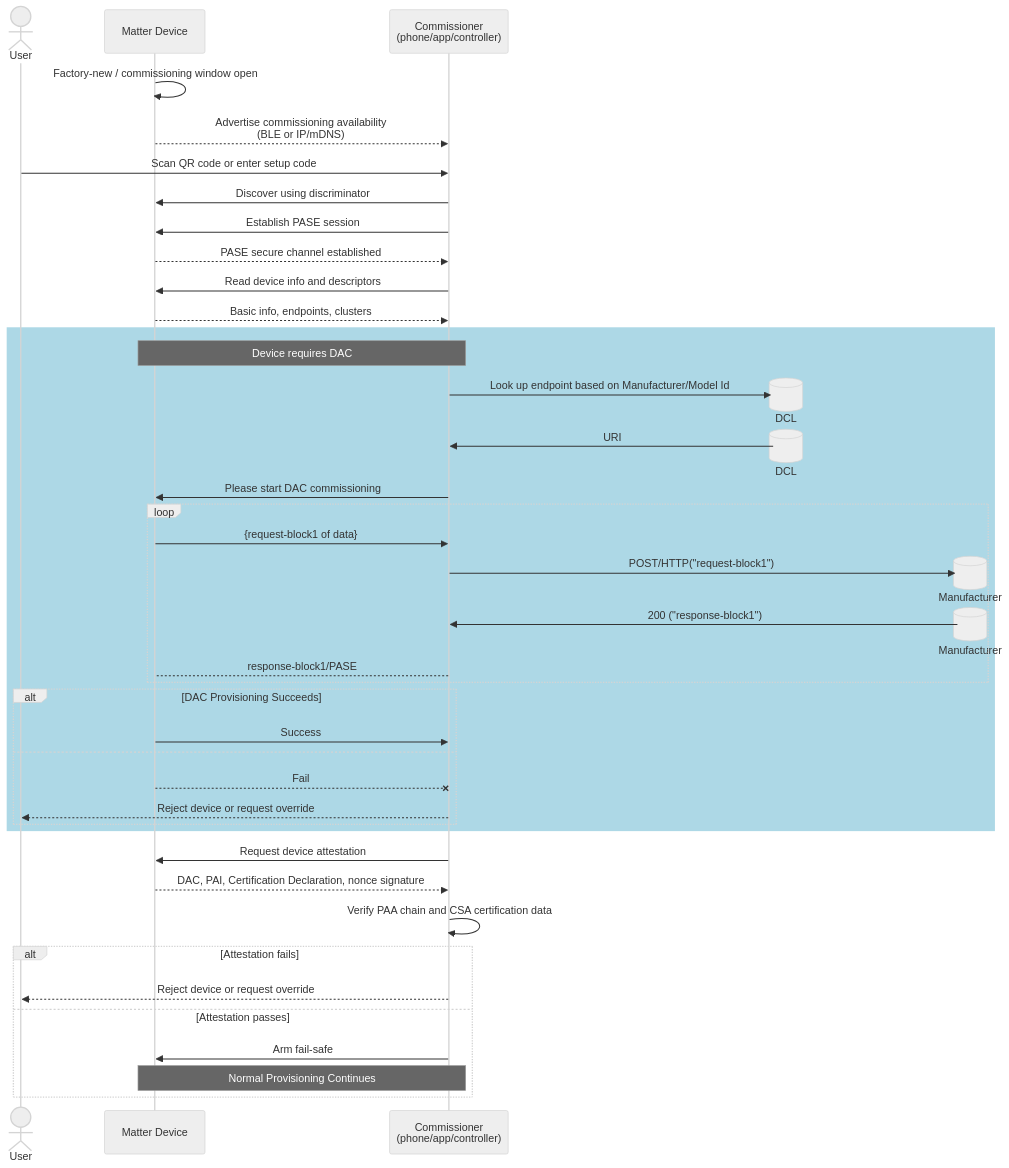
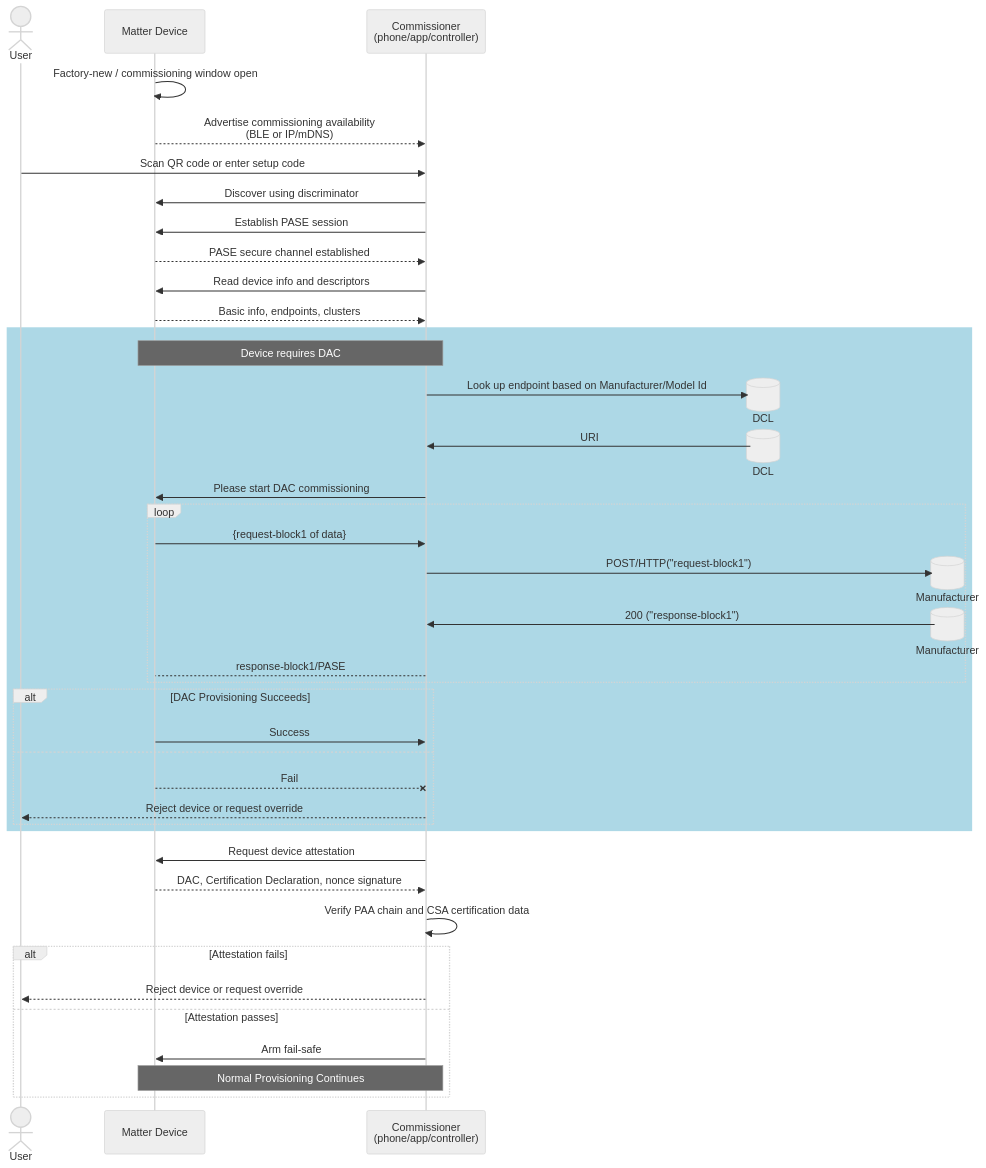
One commit to elear/matter-dac-provisioning changed the diagram in provisioning-flow.md. Above: the diagram before and after it, drawn with Mermaid (neutral theme).

Commit message:
remove PAI from the list fo things a device sends ;-)

````diff
--- a/provisioning-flow.md
+++ b/provisioning-flow.md
@@ -1,52 +1,52 @@
 ```mermaid
 sequenceDiagram
     actor User
     participant Device as Matter Device
     participant Commissioner as Commissioner<br/>(phone/app/controller)
 
  
     Device->>Device: Factory-new / commissioning window open
     Device-->>Commissioner: Advertise commissioning availability<br/>(BLE or IP/mDNS)
 
     User->>Commissioner: Scan QR code or enter setup code
     Commissioner->>Device: Discover using discriminator
 
     Commissioner->>Device: Establish PASE session
     Device-->>Commissioner: PASE secure channel established
 
     Commissioner->>Device: Read device info and descriptors
     Device-->>Commissioner: Basic info, endpoints, clusters
     rect lightblue
     Note over Device,Commissioner: Device requires DAC
         create participant DCL@{"type" : "database" }
         Commissioner->>DCL: Look up endpoint based on Manufacturer/Model Id
         destroy DCL
         DCL->>Commissioner: URI
         Commissioner->>Device: Please start DAC commissioning
         loop
             Device->>Commissioner: {request-block1 of data}
             create participant Manufacturer@{"type" : "database" }
             Commissioner->>Manufacturer: POST/HTTP("request-block1")
             destroy Manufacturer
             Manufacturer->>Commissioner: 200 ("response-block1")
             Commissioner-->Device: response-block1/PASE
         end
         alt DAC Provisioning Succeeds
             Device->>Commissioner: Success
         else
             Device--xCommissioner: Fail
             Commissioner-->>User: Reject device or request override
         end
     end
     Commissioner->>Device: Request device attestation
-    Device-->>Commissioner: DAC, PAI, Certification Declaration, nonce signature
+    Device-->>Commissioner: DAC, Certification Declaration, nonce signature
     Commissioner->>Commissioner: Verify PAA chain and CSA certification data
 
     alt Attestation fails
         Commissioner-->>User: Reject device or request override
     else Attestation passes
         Commissioner->>Device: Arm fail-safe
 
         Note over Commissioner,Device: Normal Provisioning Continues 
     end
 ```
````
